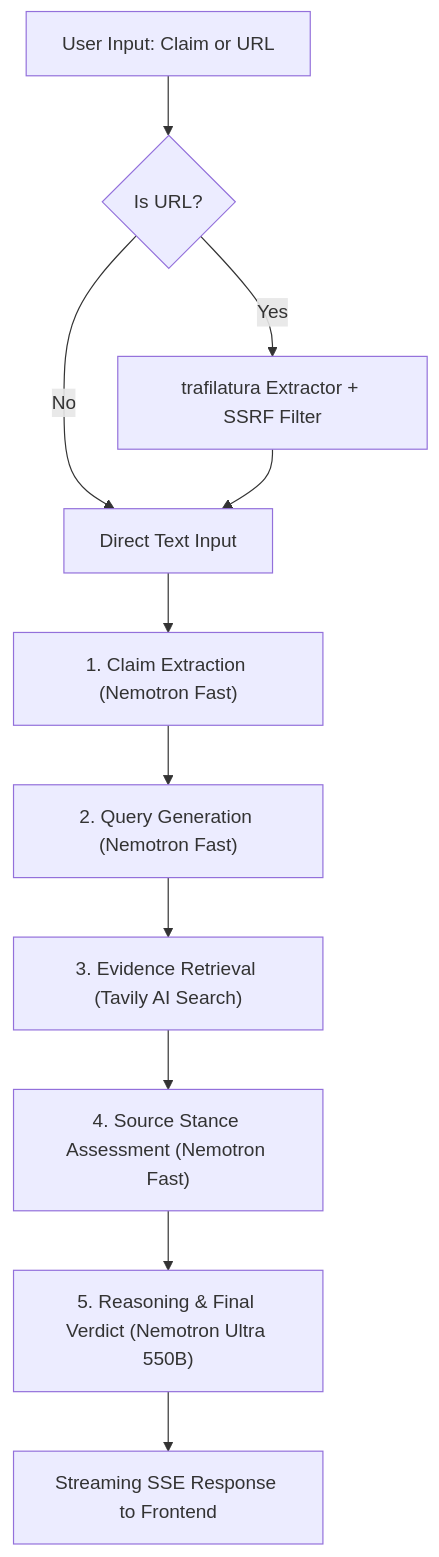
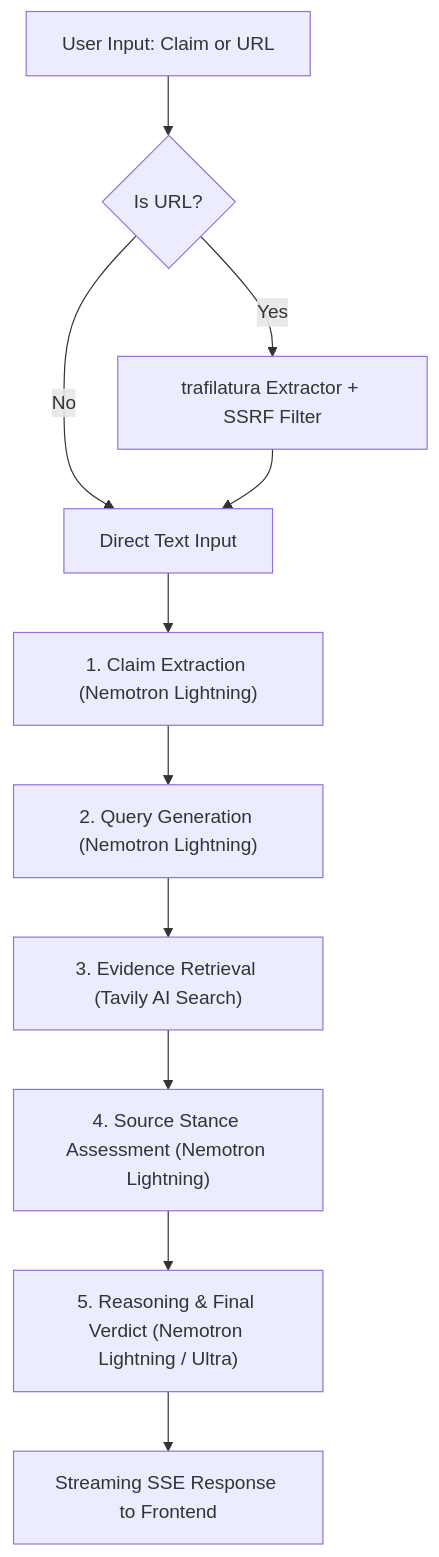
The diagram in README.md (amansheikh-techie/FactCheck_Radar), drawn with Mermaid before and after one commit. The commit also changed other lines of this file and 7 other files, not shown here.

Commit message:
feat(perf): default to Nemotron 3.5 Lightning for sub-30s inference, add request timeout, and update live demo documentation

````diff
--- a/README.md
+++ b/README.md
@@ -48,13 +80,13 @@
 ```mermaid
 graph TD
     A["User Input: Claim or URL"] --> B{"Is URL?"}
     B -->|Yes| C["trafilatura Extractor + SSRF Filter"]
     B -->|No| D["Direct Text Input"]
     C --> D
-    D --> E["1. Claim Extraction (Nemotron Fast)"]
-    E --> F["2. Query Generation (Nemotron Fast)"]
+    D --> E["1. Claim Extraction (Nemotron Lightning)"]
+    E --> F["2. Query Generation (Nemotron Lightning)"]
     F --> G["3. Evidence Retrieval (Tavily AI Search)"]
-    G --> H["4. Source Stance Assessment (Nemotron Fast)"]
-    H --> I["5. Reasoning & Final Verdict (Nemotron Ultra 550B)"]
+    G --> H["4. Source Stance Assessment (Nemotron Lightning)"]
+    H --> I["5. Reasoning & Final Verdict (Nemotron Lightning / Ultra)"]
     I --> J["Streaming SSE Response to Frontend"]
 ```
````
